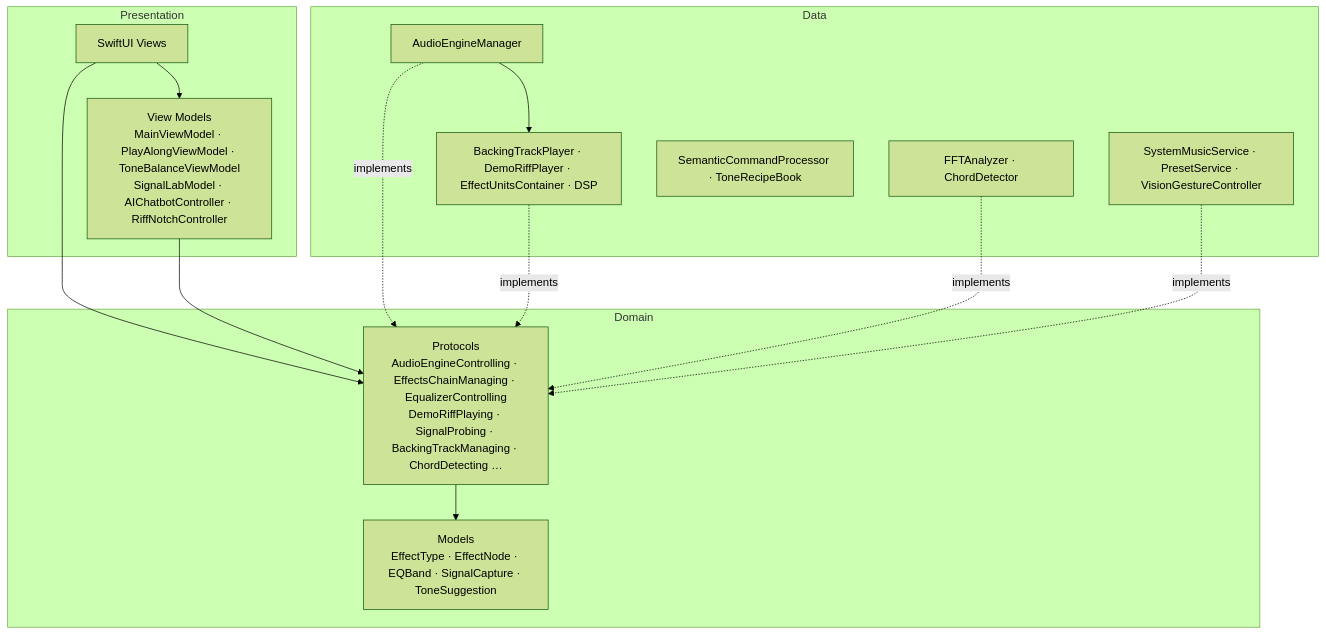
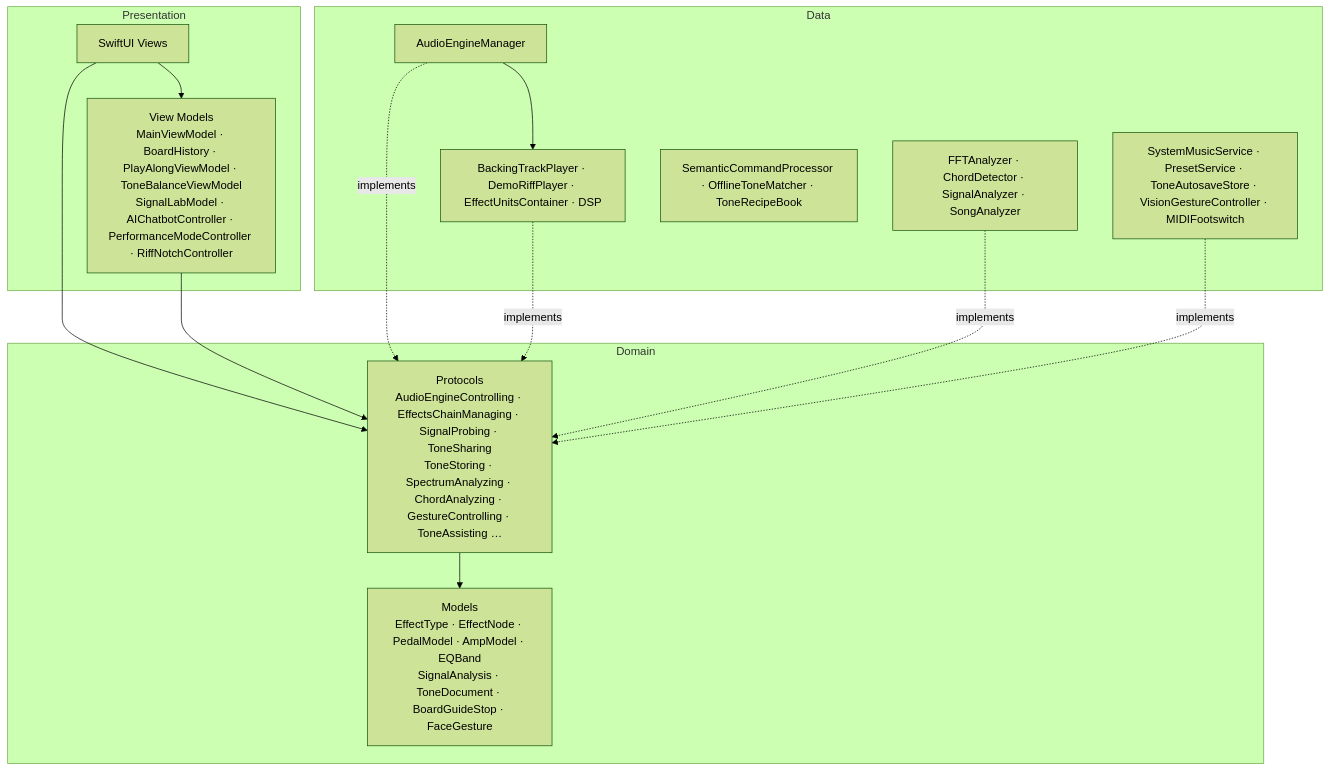
Before and after one commit to RiffNode/riffnode-wwdc2026: the diagram in README.md, drawn with Mermaid (forest theme). The commit also changed other lines of this file and 30 other files, not shown here.

First line of the commit message:
Split large files by responsibility; README architecture brought up to date

````diff
--- a/README.md
+++ b/README.md
@@ -238,30 +238,30 @@
 ```mermaid
 graph TD
     subgraph Presentation
         V[SwiftUI Views]
-        VM[View Models<br/>MainViewModel · PlayAlongViewModel · ToneBalanceViewModel<br/>SignalLabModel · AIChatbotController · RiffNotchController]
+        VM[View Models<br/>MainViewModel · BoardHistory · PlayAlongViewModel · ToneBalanceViewModel<br/>SignalLabModel · AIChatbotController · PerformanceModeController · RiffNotchController]
     end
 
     subgraph Domain
-        M[Models<br/>EffectType · EffectNode · EQBand · SignalCapture · ToneSuggestion]
-        P[Protocols<br/>AudioEngineControlling · EffectsChainManaging · EqualizerControlling<br/>DemoRiffPlaying · SignalProbing · BackingTrackManaging · ChordDetecting …]
+        M[Models<br/>EffectType · EffectNode · PedalModel · AmpModel · EQBand<br/>SignalAnalysis · ToneDocument · BoardGuideStop · FaceGesture]
+        P[Protocols<br/>AudioEngineControlling · EffectsChainManaging · SignalProbing · ToneSharing<br/>ToneStoring · SpectrumAnalyzing · ChordAnalyzing · GestureControlling · ToneAssisting …]
     end
 
     subgraph Data
         AE[AudioEngineManager]
         BT[BackingTrackPlayer · DemoRiffPlayer · EffectUnitsContainer · DSP]
-        AN[FFTAnalyzer · ChordDetector]
-        AI[SemanticCommandProcessor · ToneRecipeBook]
-        SV[SystemMusicService · PresetService · VisionGestureController]
+        AN[FFTAnalyzer · ChordDetector · SignalAnalyzer · SongAnalyzer]
+        AI[SemanticCommandProcessor · OfflineToneMatcher · ToneRecipeBook]
+        SV[SystemMusicService · PresetService · ToneAutosaveStore · VisionGestureController · MIDIFootswitch]
     end
 
     V --> VM
     V --> P
     VM --> P
     AE -.implements.-> P
     BT -.implements.-> P
     AN -.implements.-> P
     SV -.implements.-> P
     AE --> BT
     P --> M
 ```
````
